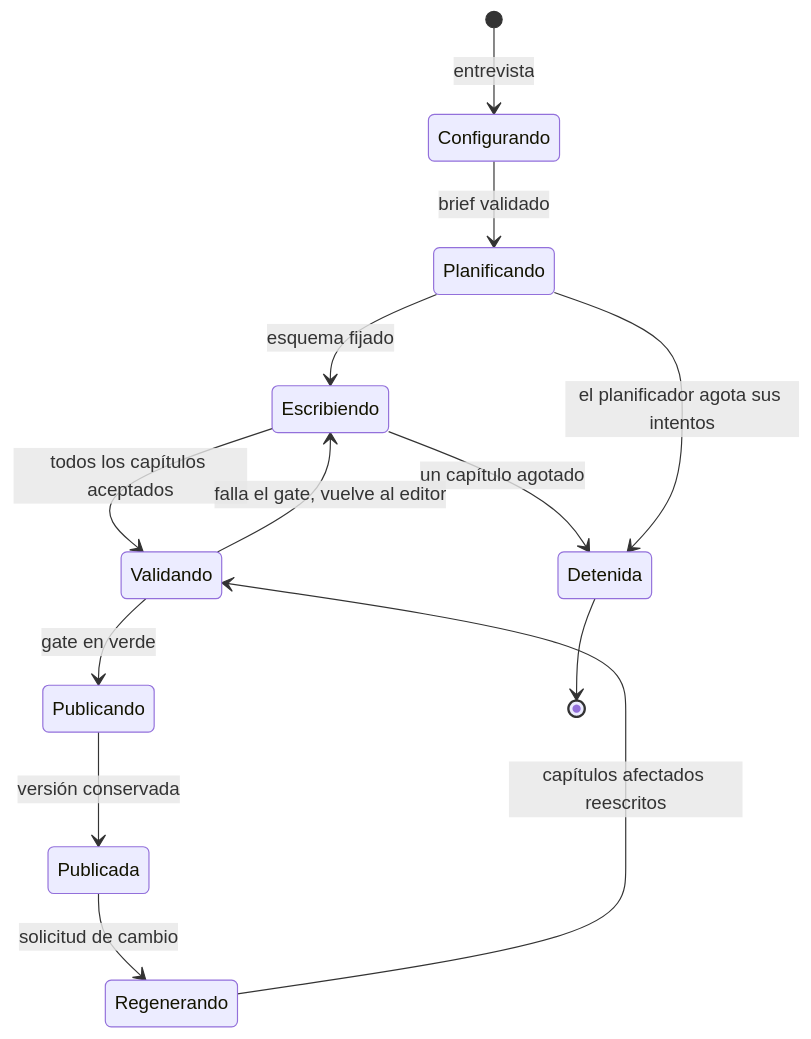
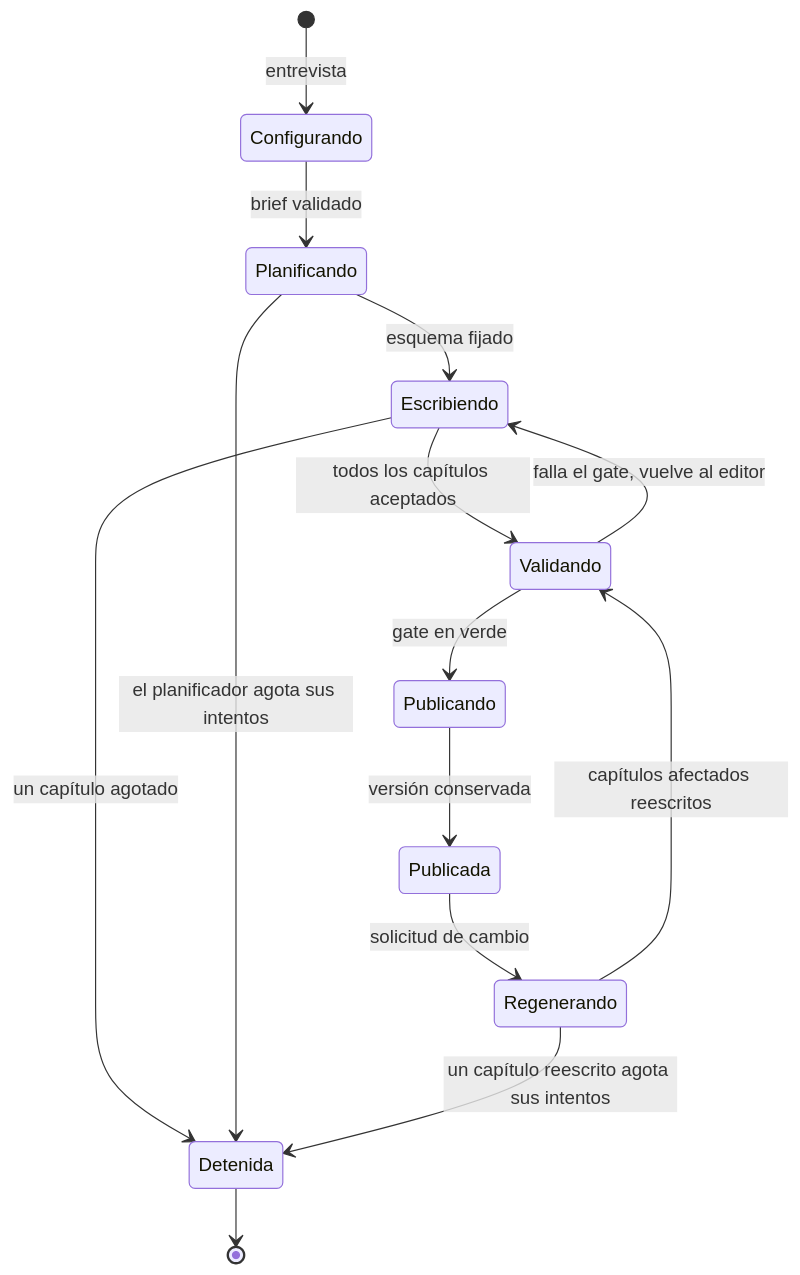
Before and after one commit to BrunoCrz3/MyStory: diagram 19 of 21 in docs/domain-knowledge.md, drawn with Mermaid. The commit also changed 14 other files, not shown here.

````diff
--- a/docs/domain-knowledge.md
+++ b/docs/domain-knowledge.md
@@ -408,15 +408,16 @@
 ```mermaid
 stateDiagram-v2
   [*] --> Configurando: entrevista
   Configurando --> Planificando: brief validado
   Planificando --> Escribiendo: esquema fijado
   Escribiendo --> Validando: todos los capítulos aceptados
   Escribiendo --> Detenida: un capítulo agotado
   Planificando --> Detenida: el planificador agota sus intentos
   Validando --> Publicando: gate en verde
   Validando --> Escribiendo: falla el gate, vuelve al editor
   Publicando --> Publicada: versión conservada
   Publicada --> Regenerando: solicitud de cambio
   Regenerando --> Validando: capítulos afectados reescritos
+  Regenerando --> Detenida: un capítulo reescrito agota sus intentos
   Detenida --> [*]
 ```
````
